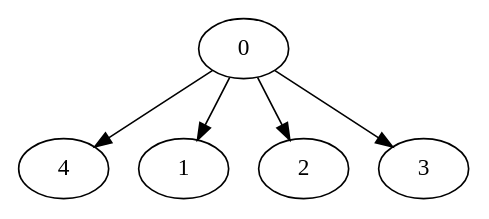
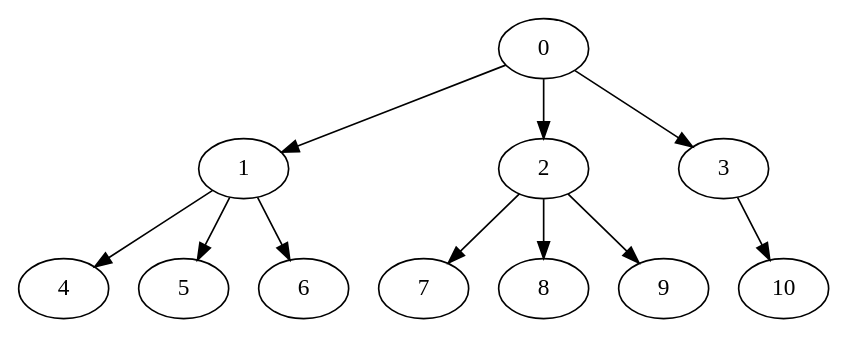
The diagram in Output.dot (mohan-cao/revilo), drawn with Graphviz before and after one commit. The commit also changed 2 other files, not shown here.

Commit message:
Gantt labeling and coloring

```diff
--- a/Output.dot
+++ b/Output.dot
@@ -1,11 +1,23 @@
-digraph "output" {
-		4		[Weight=5,Start=5,Processor=0];
-		1		[Weight=5,Start=6,Processor=1];
-		2		[Weight=5,Start=6,Processor=2];
-		3		[Weight=5,Start=6,Processor=3];
-		0		[Weight=5,Start=0,Processor=0];
-		0 -> 4	[Weight=1];
-		0 -> 1	[Weight=1];
-		0 -> 2	[Weight=1];
-		0 -> 3	[Weight=1];
+digraph "outputOutTree-Balanced-MaxBf-3_Nodes_11_CCR_0.1_WeightType_Random" {
+		0		[Weight=50,Start=0,Processor=0];
+		1		[Weight=70,Start=50,Processor=0];
+		2		[Weight=90,Start=57,Processor=1];
+		3		[Weight=100,Start=54,Processor=2];
+		4		[Weight=40,Start=120,Processor=0];
+		5		[Weight=20,Start=160,Processor=0];
+		6		[Weight=100,Start=125,Processor=3];
+		7		[Weight=80,Start=147,Processor=1];
+		8		[Weight=50,Start=154,Processor=2];
+		9		[Weight=20,Start=180,Processor=0];
+		10		[Weight=20,Start=200,Processor=0];
+		0 -> 1	[Weight=9];
+		0 -> 2	[Weight=7];
+		0 -> 3	[Weight=4];
+		1 -> 4	[Weight=10];
+		1 -> 5	[Weight=7];
+		1 -> 6	[Weight=5];
+		2 -> 7	[Weight=5];
+		2 -> 8	[Weight=3];
+		2 -> 9	[Weight=10];
+		3 -> 10	[Weight=4];
 }
```
